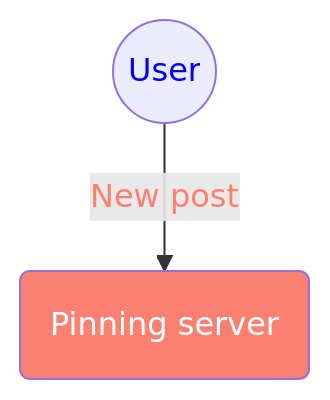
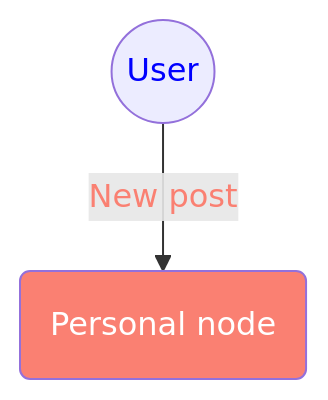
The diagram in README.md (people-post/pp-node), drawn with Mermaid before and after one commit.

````diff
--- a/README.md
+++ b/README.md
@@ -4,7 +4,7 @@
 ```mermaid
 graph TD;
-    USER((User)):::User-- New post -->THIS(Pinning server):::Server;
+    USER((User)):::User-- New post -->THIS(Personal node):::Server;
     linkStyle 0 color:salmon;
     classDef User color:blue;
     classDef Server fill:salmon,color:white;
 ```
````
